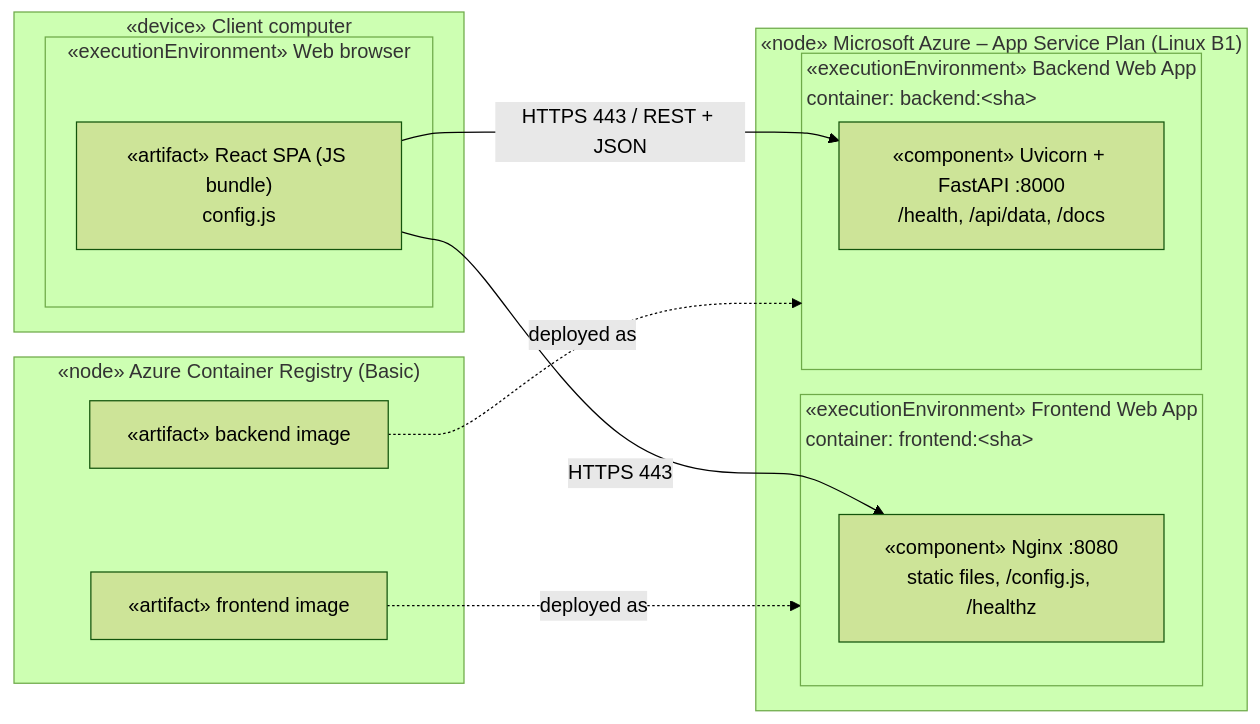
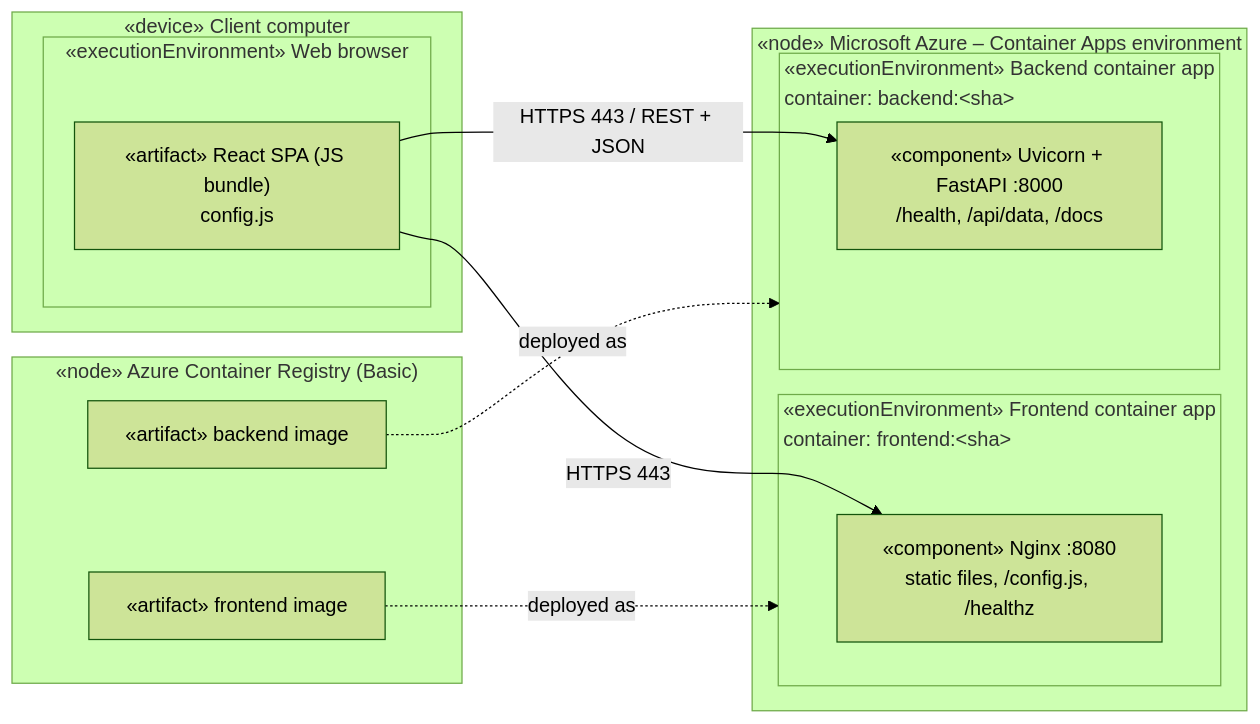
One commit to agi1clj/CC2026_DS_Applications changed the second of 3 diagrams in docs/architecture.md. Above: the diagram before and after it, drawn with Mermaid (forest theme). The commit also changed other lines of this file and 10 other files, not shown here.

First line of the commit message:
feat(deploy): deploy to Azure Container Apps or App Service

````diff
--- a/docs/architecture.md
+++ b/docs/architecture.md
@@ -43,27 +43,27 @@
 ```mermaid
 flowchart LR
     subgraph client["«device» Client computer"]
         subgraph bro["«executionEnvironment» Web browser"]
             spa["«artifact» React SPA (JS bundle)<br/>config.js"]
         end
     end
 
-    subgraph azure["«node» Microsoft Azure – App Service Plan (Linux B1)"]
-        subgraph feapp["«executionEnvironment» Frontend Web App<br/>container: frontend:&lt;sha&gt;"]
+    subgraph azure["«node» Microsoft Azure – Container Apps environment"]
+        subgraph feapp["«executionEnvironment» Frontend container app<br/>container: frontend:&lt;sha&gt;"]
             nginx["«component» Nginx :8080<br/>static files, /config.js, /healthz"]
         end
-        subgraph beapp["«executionEnvironment» Backend Web App<br/>container: backend:&lt;sha&gt;"]
+        subgraph beapp["«executionEnvironment» Backend container app<br/>container: backend:&lt;sha&gt;"]
             api["«component» Uvicorn + FastAPI :8000<br/>/health, /api/data, /docs"]
         end
     end
 
     subgraph registry["«node» Azure Container Registry (Basic)"]
         img1["«artifact» backend image"]
         img2["«artifact» frontend image"]
     end
 
     spa -- "HTTPS 443" --> nginx
     spa -- "HTTPS 443 / REST + JSON" --> api
     img2 -. "deployed as" .-> feapp
     img1 -. "deployed as" .-> beapp
 ```
````
